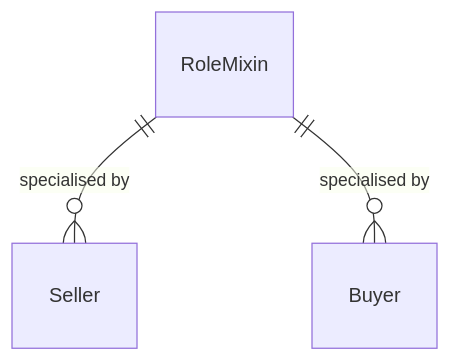
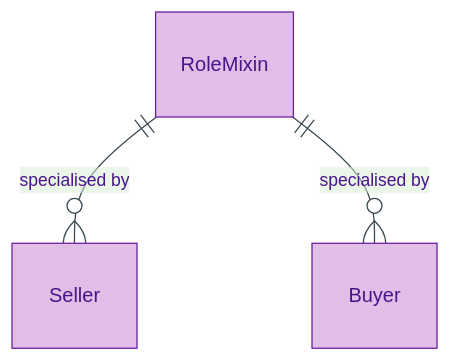
Before and after one commit to sparkling/opda: the diagram in docs/manual/logical/foundation/role-mixin.md, drawn with Mermaid. The commit also changed other lines of this file and 179 other files, not shown here.

First line of the commit message:
docs(manual): Logical-tier diagram expansion via /diagramming skill

````diff
--- a/docs/manual/logical/foundation/role-mixin.md
+++ b/docs/manual/logical/foundation/role-mixin.md
@@ -35,5 +40,9 @@
 ```mermaid
+%%{init: {"theme": "base", "themeVariables": {"primaryColor": "#E1BEE7", "primaryTextColor": "#4A148C", "primaryBorderColor": "#6A1B9A", "lineColor": "#37474F"}}}%%
 erDiagram
+    accTitle: RoleMixin — Entity-Relationship Diagram
+    accDescr: UFO RoleMixin meta-class — specialised by cross-sortal RoleMixins Seller and Buyer (each borne by Person OR Organisation).
+
     RoleMixin ||--o{ Seller : "specialised by"
     RoleMixin ||--o{ Buyer : "specialised by"
 ```
````
